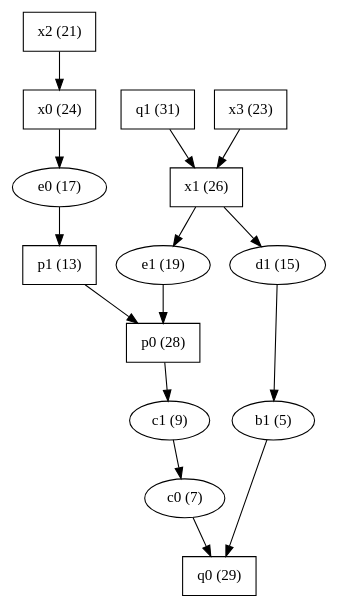
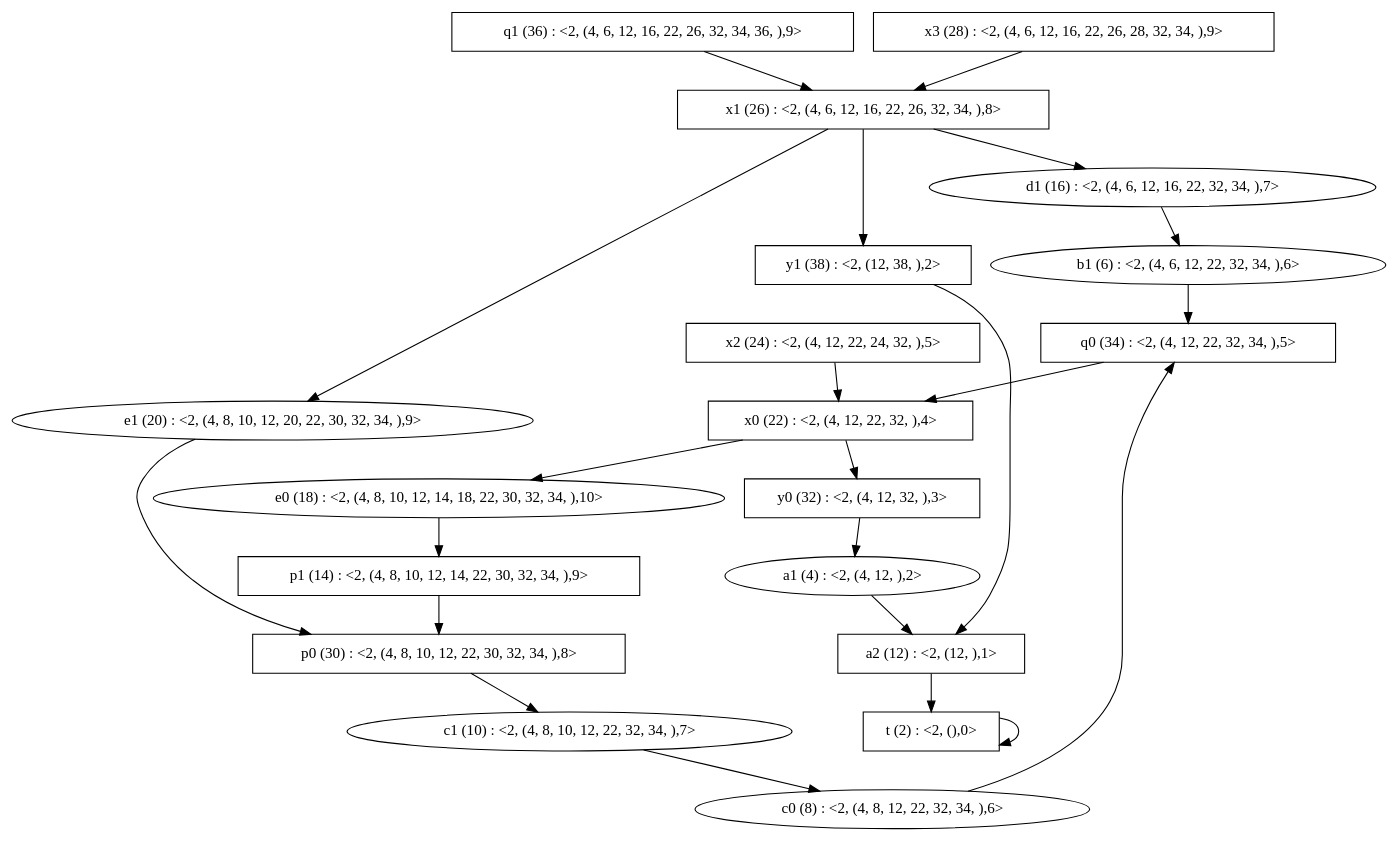
Before and after one commit to mskd12/invisible: the diagram in ParityGames/src/AllExamples/Cunningham2.pg.dot, drawn with Graphviz. The commit also changed 15 other files, not shown here.

```diff
--- a/ParityGames/src/AllExamples/Cunningham2.pg.dot
+++ b/ParityGames/src/AllExamples/Cunningham2.pg.dot
@@ -1,30 +1,43 @@
 digraph G { 
-"b1"[label="\N (5)" , color=black ]
+"a1"[label="\N (4) : <2, (4, 12, ),2>", color=black]
+"a1"->"a2"
+"b1"[label="\N (6) : <2, (4, 6, 12, 22, 32, 34, ),6>", color=black]
 "b1"->"q0"
-"c0"[label="\N (7)" , color=black ]
+"c0"[label="\N (8) : <2, (4, 8, 12, 22, 32, 34, ),6>", color=black]
 "c0"->"q0"
-"c1"[label="\N (9)" , color=black ]
+"c1"[label="\N (10) : <2, (4, 8, 10, 12, 22, 32, 34, ),7>", color=black]
 "c1"->"c0"
-"d1"[label="\N (15)" , color=black ]
+"d1"[label="\N (16) : <2, (4, 6, 12, 16, 22, 32, 34, ),7>", color=black]
 "d1"->"b1"
-"e0"[label="\N (17)" , color=black ]
+"e0"[label="\N (18) : <2, (4, 8, 10, 12, 14, 18, 22, 30, 32, 34, ),10>", color=black]
 "e0"->"p1"
-"e1"[label="\N (19)" , color=black ]
+"e1"[label="\N (20) : <2, (4, 8, 10, 12, 20, 22, 30, 32, 34, ),9>", color=black]
 "e1"->"p0"
-"p0"[label="\N (28)", color=black, shape=polygon ]
+"t"[label="\N (2) : <2, (),0>", color=black, shape=polygon ]
+"t"->"t"
+"a2"[label="\N (12) : <2, (12, ),1>", color=black, shape=polygon ]
+"a2"->"t"
+"p0"[label="\N (30) : <2, (4, 8, 10, 12, 22, 30, 32, 34, ),8>", color=black, shape=polygon ]
 "p0"->"c1"
-"p1"[label="\N (13)", color=black, shape=polygon ]
+"p1"[label="\N (14) : <2, (4, 8, 10, 12, 14, 22, 30, 32, 34, ),9>", color=black, shape=polygon ]
 "p1"->"p0"
-"q0"[label="\N (29)", color=black, shape=polygon ]
-"x0"[label="\N (24)", color=black, shape=polygon ]
+"y0"[label="\N (32) : <2, (4, 12, 32, ),3>", color=black, shape=polygon ]
+"y0"->"a1"
+"q0"[label="\N (34) : <2, (4, 12, 22, 32, 34, ),5>", color=black, shape=polygon ]
+"q0"->"x0"
+"x0"[label="\N (22) : <2, (4, 12, 22, 32, ),4>", color=black, shape=polygon ]
 "x0"->"e0"
-"x2"[label="\N (21)", color=black, shape=polygon ]
+"x0"->"y0"
+"x2"[label="\N (24) : <2, (4, 12, 22, 24, 32, ),5>", color=black, shape=polygon ]
 "x2"->"x0"
-"q1"[label="\N (31)", color=black, shape=polygon ]
+"q1"[label="\N (36) : <2, (4, 6, 12, 16, 22, 26, 32, 34, 36, ),9>", color=black, shape=polygon ]
 "q1"->"x1"
-"x1"[label="\N (26)", color=black, shape=polygon ]
+"y1"[label="\N (38) : <2, (12, 38, ),2>", color=black, shape=polygon ]
+"y1"->"a2"
+"x1"[label="\N (26) : <2, (4, 6, 12, 16, 22, 26, 32, 34, ),8>", color=black, shape=polygon ]
 "x1"->"d1"
 "x1"->"e1"
-"x3"[label="\N (23)", color=black, shape=polygon ]
+"x1"->"y1"
+"x3"[label="\N (28) : <2, (4, 6, 12, 16, 22, 26, 28, 32, 34, ),9>", color=black, shape=polygon ]
 "x3"->"x1"
 }
```
